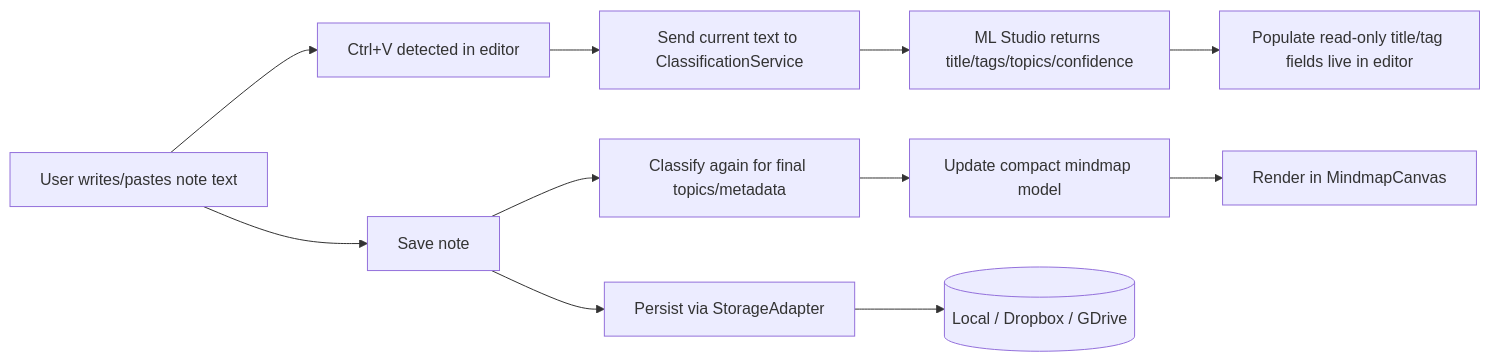
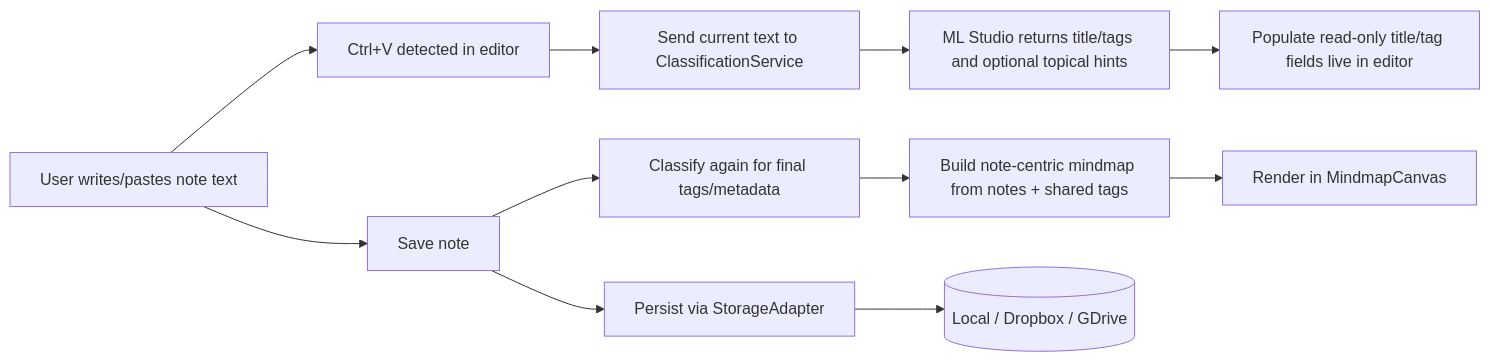
One commit to defdac/astrocyte changed the diagram in docs/architecture.md. Above: the diagram before and after it, drawn with Mermaid. The commit also changed other lines of this file and 7 other files, not shown here.

Commit message:
Changes how the graph is painted

````diff
--- a/docs/architecture.md
+++ b/docs/architecture.md
@@ -113,13 +113,13 @@
 ```mermaid
 flowchart LR
   A[User writes/pastes note text] --> B[Ctrl+V detected in editor]
   B --> C[Send current text to ClassificationService]
-  C --> D[ML Studio returns title/tags/topics/confidence]
+  C --> D[ML Studio returns title/tags and optional topical hints]
   D --> E[Populate read-only title/tag fields live in editor]
   A --> F[Save note]
-  F --> G[Classify again for final topics/metadata]
-  G --> H[Update compact mindmap model]
+  F --> G[Classify again for final tags/metadata]
+  G --> H[Build note-centric mindmap from notes + shared tags]
   H --> I[Render in MindmapCanvas]
   F --> J[Persist via StorageAdapter]
   J --> K[(Local / Dropbox / GDrive)]
 ```
````
